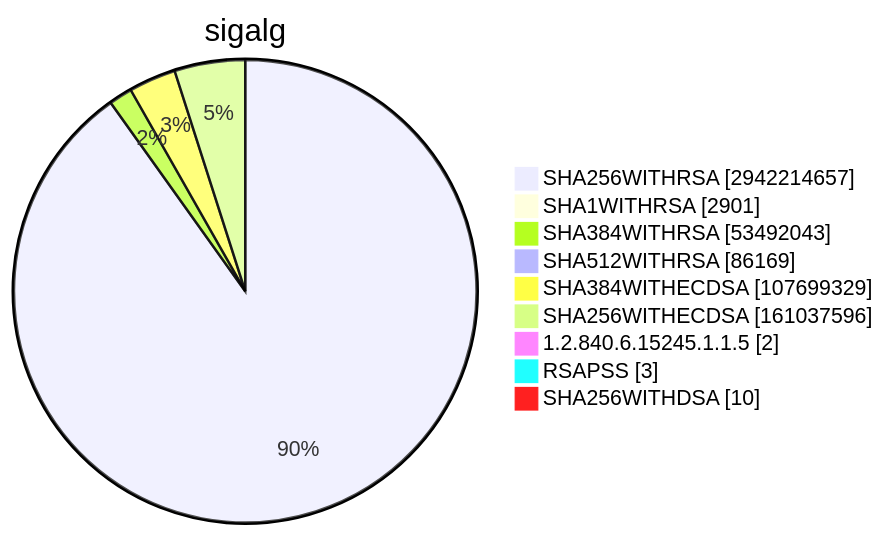
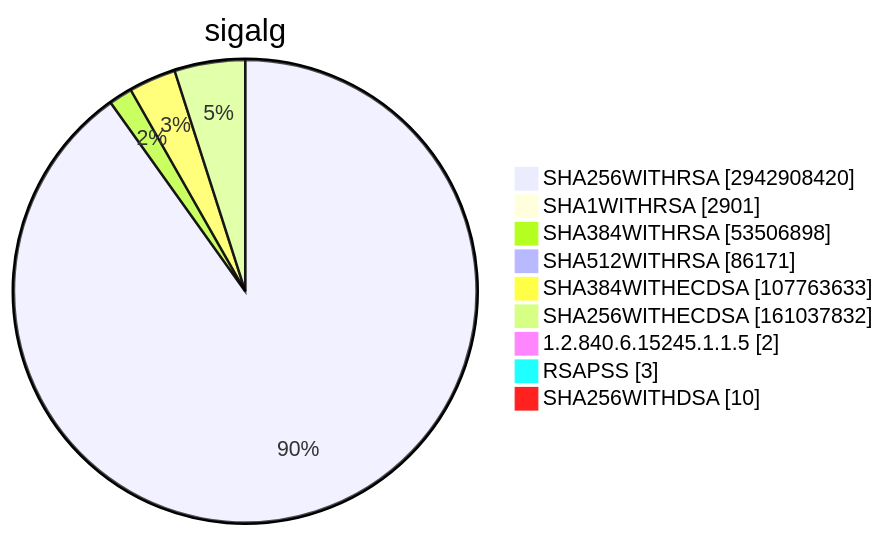
One commit to christiankrug/ctmonitor_visualization changed diagram 15 of 15 in TOTAL/README.md. Above: the diagram before and after it, drawn with Mermaid. The commit also changed other lines of this file, not shown here.

````diff
--- a/TOTAL/README.md
+++ b/TOTAL/README.md
@@ -6207,13 +6207,13 @@
 ```mermaid
 pie showData
 title sigalg
-"SHA256WITHRSA" :2942214657
+"SHA256WITHRSA" :2942908420
 "SHA1WITHRSA" :2901
-"SHA384WITHRSA" :53492043
-"SHA512WITHRSA" :86169
-"SHA384WITHECDSA" :107699329
-"SHA256WITHECDSA" :161037596
+"SHA384WITHRSA" :53506898
+"SHA512WITHRSA" :86171
+"SHA384WITHECDSA" :107763633
+"SHA256WITHECDSA" :161037832
 "1.2.840.6.15245.1.1.5" :2
 "RSAPSS" :3
 "SHA256WITHDSA" :10
 ```
````
